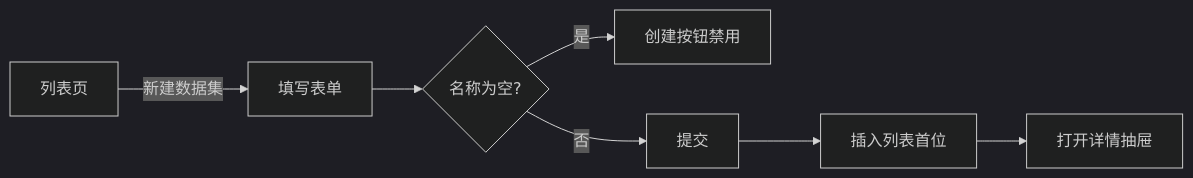
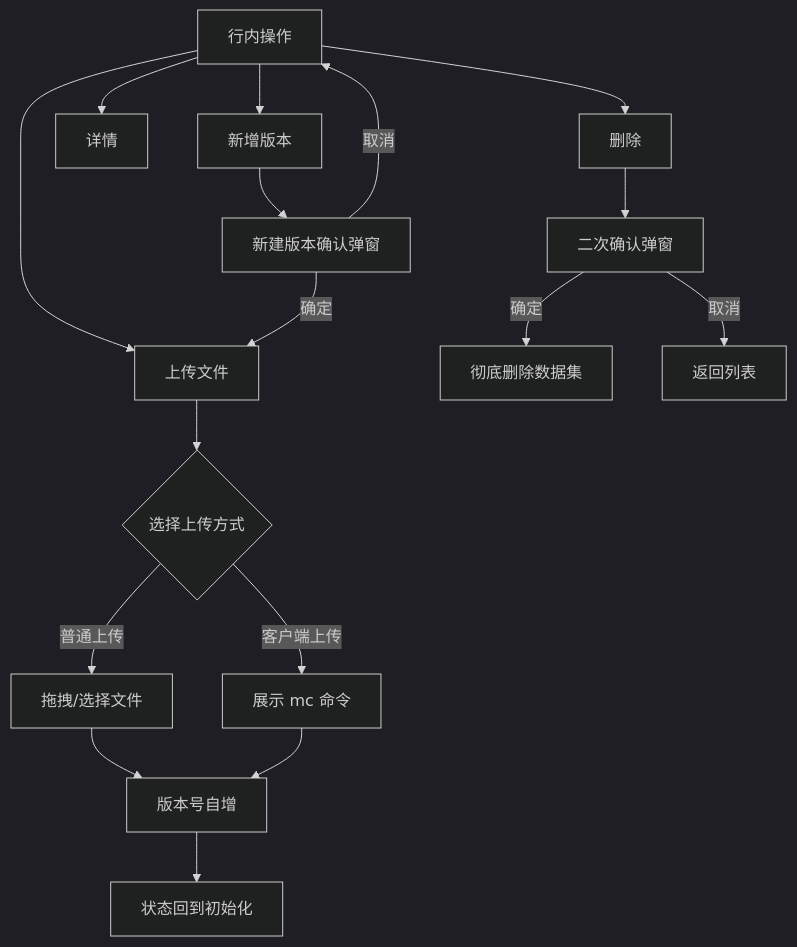
The third of 4 diagrams in src/pages/算力加速平台/数据管理/数据集管理/prd.md (MeehanCole/prototype-platform), drawn with Mermaid (dark theme) before and after one commit. The commit also changed other lines of this file and 23 other files, not shown here.

````diff
--- a/src/pages/算力加速平台/数据管理/数据集管理/prd.md
+++ b/src/pages/算力加速平台/数据管理/数据集管理/prd.md
@@ -221,9 +273,19 @@
 ```mermaid
-flowchart LR
-    A[列表页] -->|新建数据集| B[填写表单]
-    B --> C{名称为空?}
-    C -->|是| D[创建按钮禁用]
-    C -->|否| E[提交]
-    E --> F[插入列表首位]
-    F --> G[打开详情抽屉]
+flowchart TD
+  A[行内操作] --> B[新增版本]
+  A --> C[详情]
+  A --> U[上传文件]
+  A --> D[删除]
+  B --> B1[新建版本确认弹窗]
+  B1 -- 确定 --> U
+  B1 -- 取消 --> A
+  U --> U1{选择上传方式}
+  U1 -- 普通上传 --> U2[拖拽/选择文件]
+  U1 -- 客户端上传 --> U3[展示 mc 命令]
+  U2 --> V[版本号自增]
+  U3 --> V
+  V --> F[状态回到初始化]
+  D --> G[二次确认弹窗]
+  G -- 确定 --> H[彻底删除数据集]
+  G -- 取消 --> I[返回列表]
 ```
````
